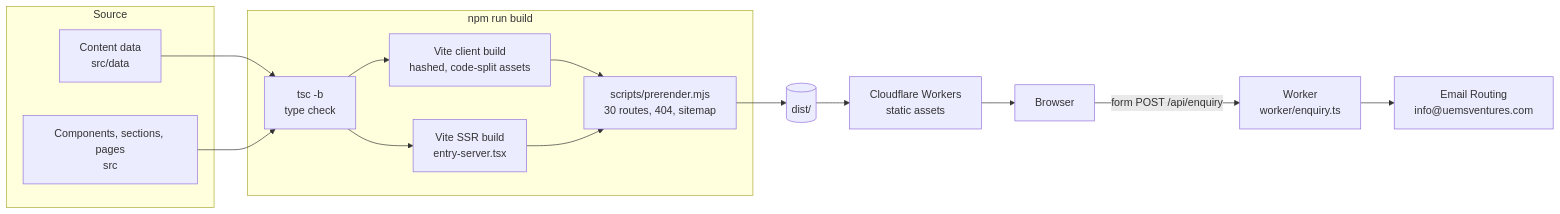
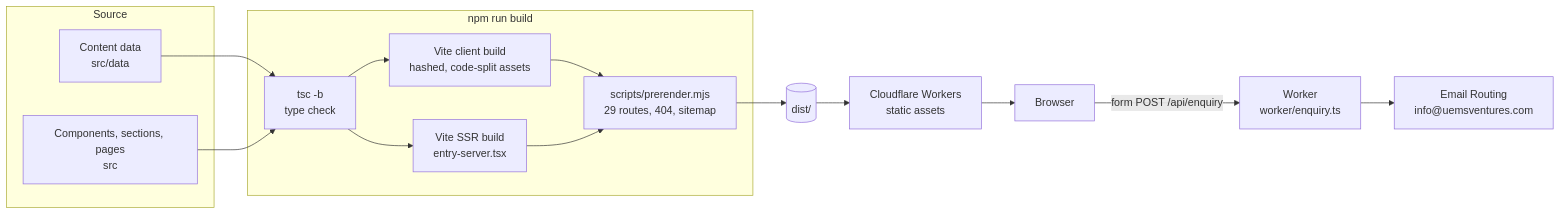
One commit to spacesdrive/uems-agency changed the first of 3 diagrams in README.md. Above: the diagram before and after it, drawn with Mermaid. The commit also changed other lines of this file and 59 other files, not shown here.

````diff
--- a/README.md
+++ b/README.md
@@ -109,22 +109,22 @@
 ```mermaid
 flowchart LR
     subgraph Source
         D["Content data<br/>src/data"]
         C["Components, sections, pages<br/>src"]
     end
     subgraph Build["npm run build"]
         T["tsc -b<br/>type check"]
         V["Vite client build<br/>hashed, code-split assets"]
         S["Vite SSR build<br/>entry-server.tsx"]
-        P["scripts/prerender.mjs<br/>30 routes, 404, sitemap"]
+        P["scripts/prerender.mjs<br/>29 routes, 404, sitemap"]
     end
     D --> T
     C --> T
     T --> V --> P
     T --> S --> P
     P --> O[("dist/")]
     O --> CF["Cloudflare Workers<br/>static assets"]
     CF --> B["Browser"]
     B -- "form POST /api/enquiry" --> W["Worker<br/>worker/enquiry.ts"]
     W --> M["Email Routing<br/>info@uemsventures.com"]
 ```
````
